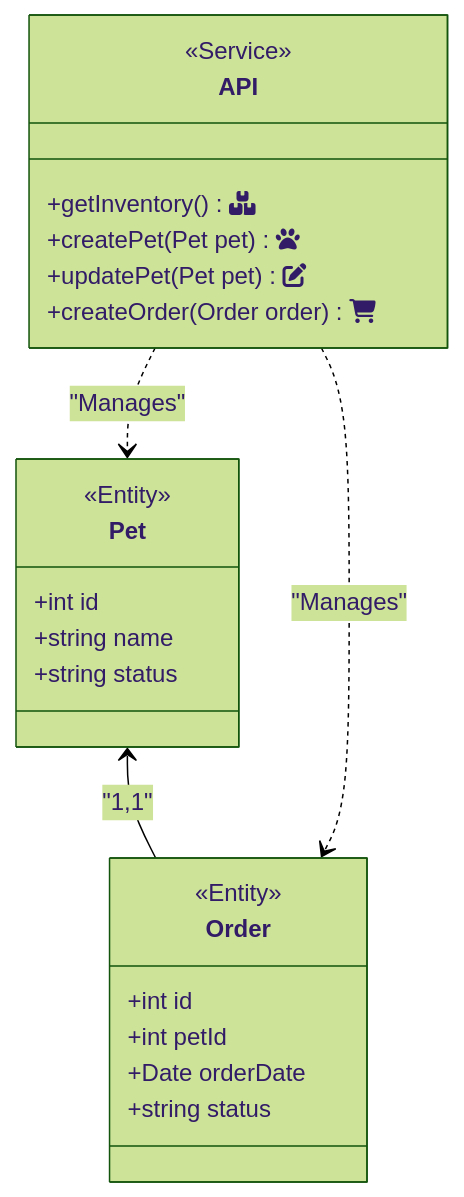
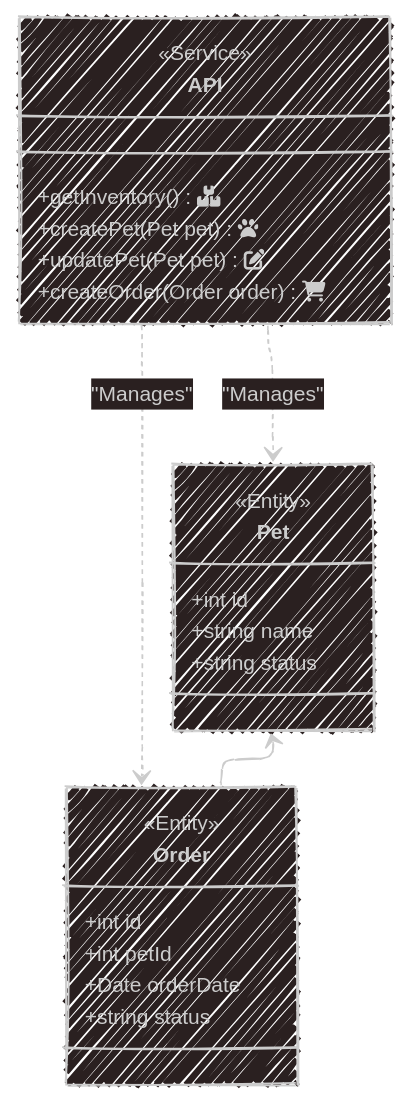
The second of 3 diagrams in README.md (andresalmeida/react-petstore), drawn with Mermaid before and after one commit. The commit also changed other lines of this file, not shown here.

````diff
--- a/README.md
+++ b/README.md
@@ -252,30 +252,32 @@
 ```mermaid
 ---
 config:
-  theme: forest
+  theme: neo-dark
+  look: handDrawn
+  layout: elk
 ---
 classDiagram
     class Pet {
         <<Entity>>
         +int id
         +string name
         +string status
     }
     class Order {
         <<Entity>>
         +int id
         +int petId
         +Date orderDate
         +string status
     }
     class API {
         <<Service>>
         +getInventory() fa:fa-boxes
         +createPet(Pet pet) fa:fa-paw
         +updatePet(Pet pet) fa:fa-edit
         +createOrder(Order order) fa:fa-shopping-cart
     }
-    Pet <-- Order : "1,1"
+    Pet <-- Order 
     API ..> Pet : "Manages"
     API ..> Order : "Manages"
 ```
````
